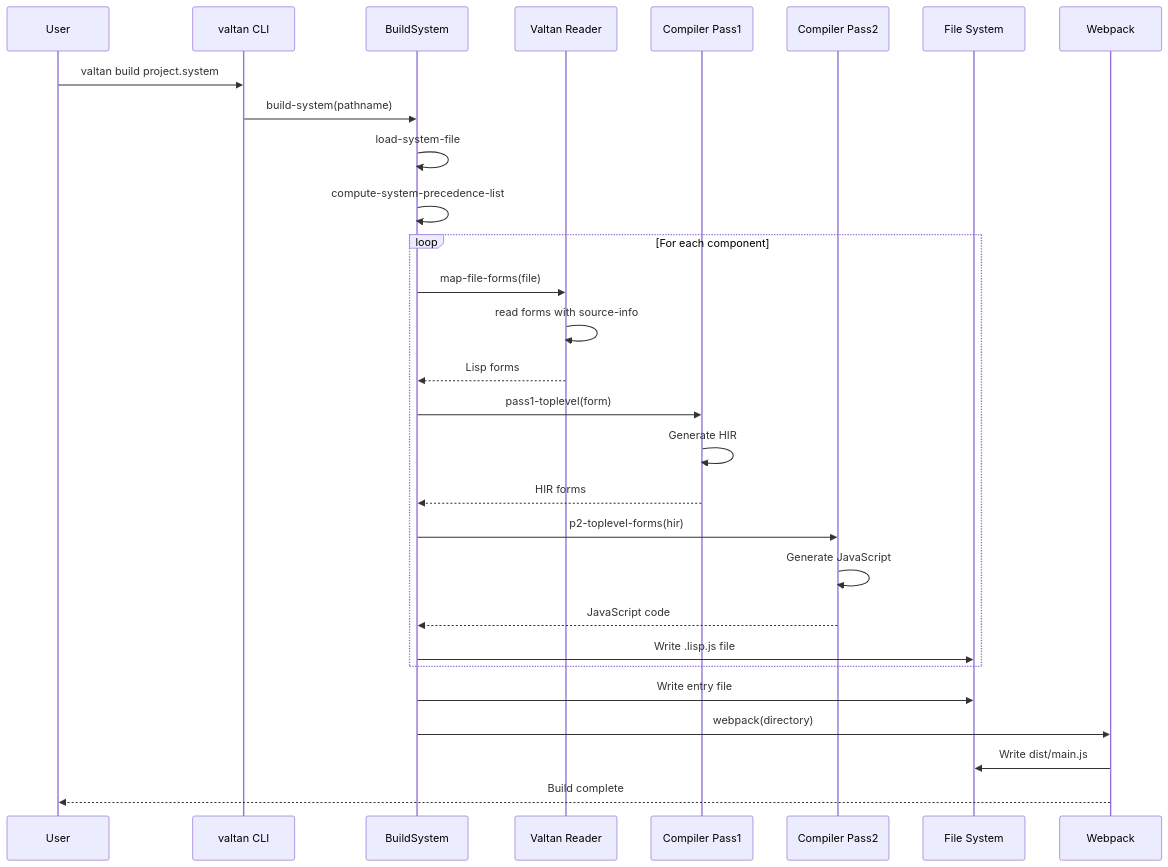
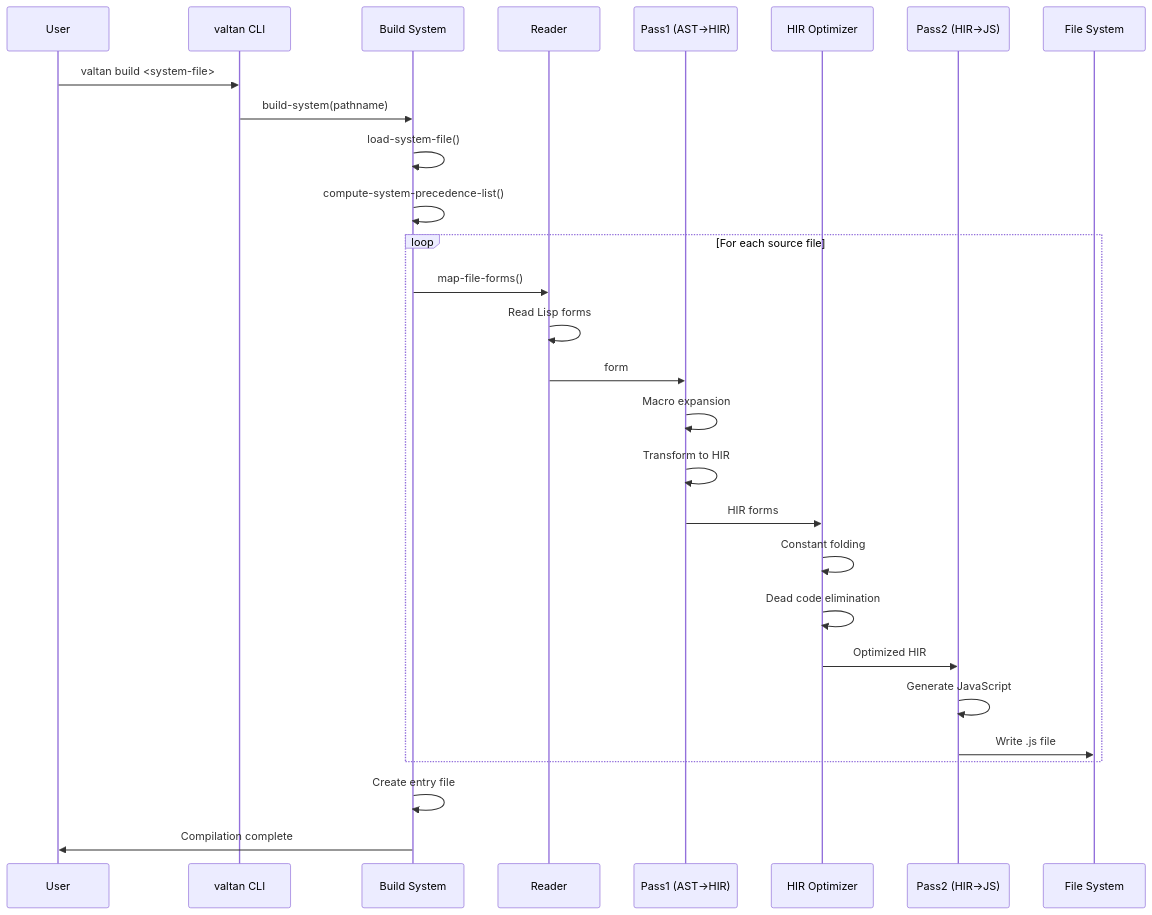
One commit to cxxxr/valtan changed the second of 2 diagrams in ARCHITECTURE.md. Above: the diagram before and after it, drawn with Mermaid. The commit also changed other lines of this file, not shown here.

Commit message:
docs: update ARCHITECTURE.md with detailed compiler internals

````diff
--- a/ARCHITECTURE.md
+++ b/ARCHITECTURE.md
@@ -62,34 +87,33 @@
 ```mermaid
 sequenceDiagram
     participant User
     participant CLI as valtan CLI
-    participant Build as BuildSystem
-    participant Reader as Valtan Reader
-    participant Pass1 as Compiler Pass1
-    participant Pass2 as Compiler Pass2
+    participant Build as Build System
+    participant Reader
+    participant Pass1 as Pass1 (AST→HIR)
+    participant Optimizer as HIR Optimizer
+    participant Pass2 as Pass2 (HIR→JS)
     participant FS as File System
-    participant Webpack
 
-    User->>CLI: valtan build project.system
+    User->>CLI: valtan build <system-file>
     CLI->>Build: build-system(pathname)
-    Build->>Build: load-system-file
-    Build->>Build: compute-system-precedence-list
+    Build->>Build: load-system-file()
+    Build->>Build: compute-system-precedence-list()
 
-    loop For each component
-        Build->>Reader: map-file-forms(file)
-        Reader->>Reader: read forms with source-info
-        Reader-->>Build: Lisp forms
-        Build->>Pass1: pass1-toplevel(form)
-        Pass1->>Pass1: Generate HIR
-        Pass1-->>Build: HIR forms
-        Build->>Pass2: p2-toplevel-forms(hir)
+    loop For each source file
+        Build->>Reader: map-file-forms()
+        Reader->>Reader: Read Lisp forms
+        Reader->>Pass1: form
+        Pass1->>Pass1: Macro expansion
+        Pass1->>Pass1: Transform to HIR
+        Pass1->>Optimizer: HIR forms
+        Optimizer->>Optimizer: Constant folding
+        Optimizer->>Optimizer: Dead code elimination
+        Optimizer->>Pass2: Optimized HIR
         Pass2->>Pass2: Generate JavaScript
-        Pass2-->>Build: JavaScript code
-        Build->>FS: Write .lisp.js file
+        Pass2->>FS: Write .js file
     end
 
-    Build->>FS: Write entry file
-    Build->>Webpack: webpack(directory)
-    Webpack->>FS: Write dist/main.js
-    Webpack-->>User: Build complete
+    Build->>Build: Create entry file
+    Build->>User: Compilation complete
 ```
````
